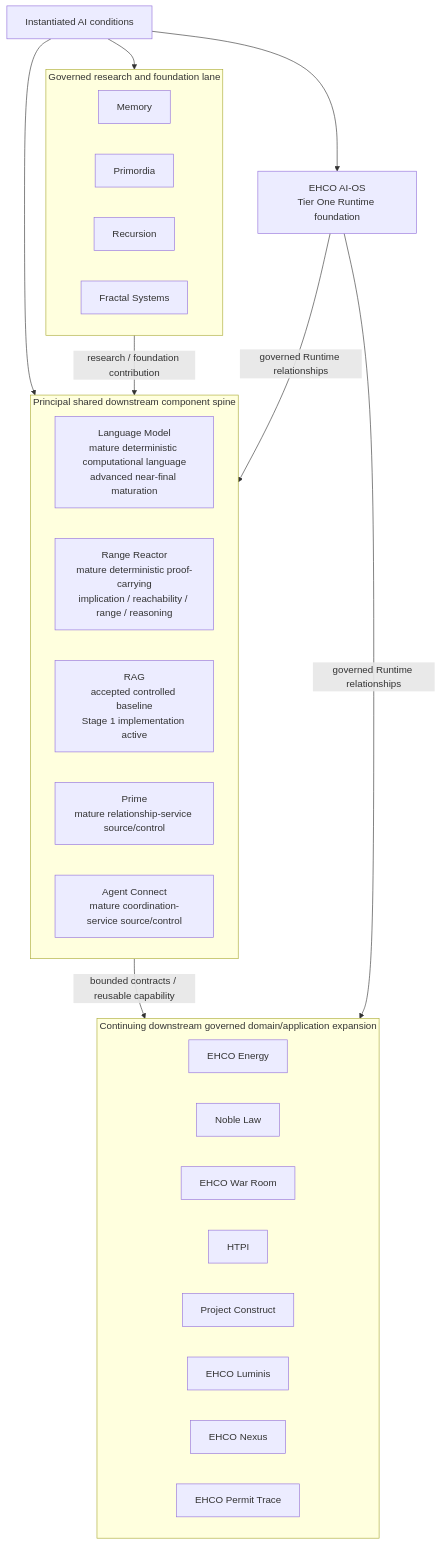
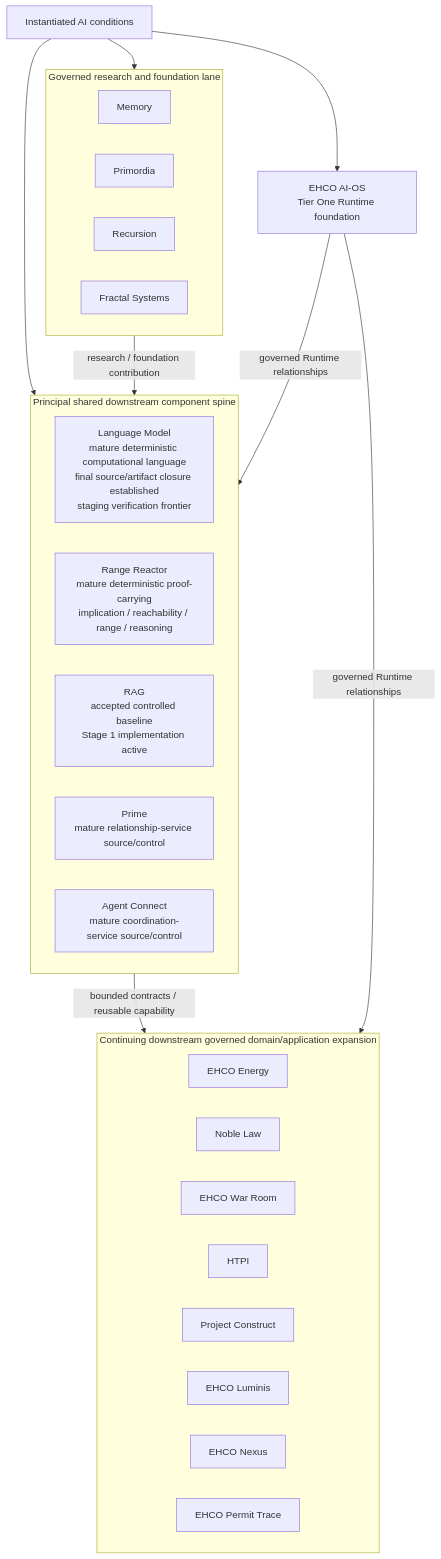
One commit to EHCOnomics-Systems/EHCOsystem changed the third of 4 diagrams in architecture/diagrams/README.md. Above: the diagram before and after it, drawn with Mermaid. The commit also changed other lines of this file, not shown here.

Commit message:
Synchronize Language Model architecture diagram maturity

````diff
--- a/architecture/diagrams/README.md
+++ b/architecture/diagrams/README.md
@@ -71,39 +71,39 @@
 ```mermaid
 flowchart TD
     CAT[Instantiated AI conditions]
     RT[EHCO AI-OS<br/>Tier One Runtime foundation]
 
     subgraph Spine[Principal shared downstream component spine]
-        LM[Language Model<br/>mature deterministic computational language<br/>advanced near-final maturation]
+        LM[Language Model<br/>mature deterministic computational language<br/>final source/artifact closure established<br/>staging verification frontier]
         RR[Range Reactor<br/>mature deterministic proof-carrying<br/>implication / reachability / range / reasoning]
         RAG[RAG<br/>accepted controlled baseline<br/>Stage 1 implementation active]
         PRIME[Prime<br/>mature relationship-service source/control]
         AC[Agent Connect<br/>mature coordination-service source/control]
     end
 
     subgraph Research[Governed research and foundation lane]
         MEM[Memory]
         PRIM[Primordia]
         REC[Recursion]
         FRA[Fractal Systems]
     end
 
     subgraph Apps[Continuing downstream governed domain/application expansion]
         EN[EHCO Energy]
         NL[Noble Law]
         WR[EHCO War Room]
         H[HTPI]
         PC[Project Construct]
         LU[EHCO Luminis]
         N[EHCO Nexus]
         PT[EHCO Permit Trace]
     end
 
     CAT --> RT
     CAT --> Spine
     CAT --> Research
     Spine -->|bounded contracts / reusable capability| Apps
     Research -->|research / foundation contribution| Spine
     RT -->|governed Runtime relationships| Spine
     RT -->|governed Runtime relationships| Apps
 ```
````
